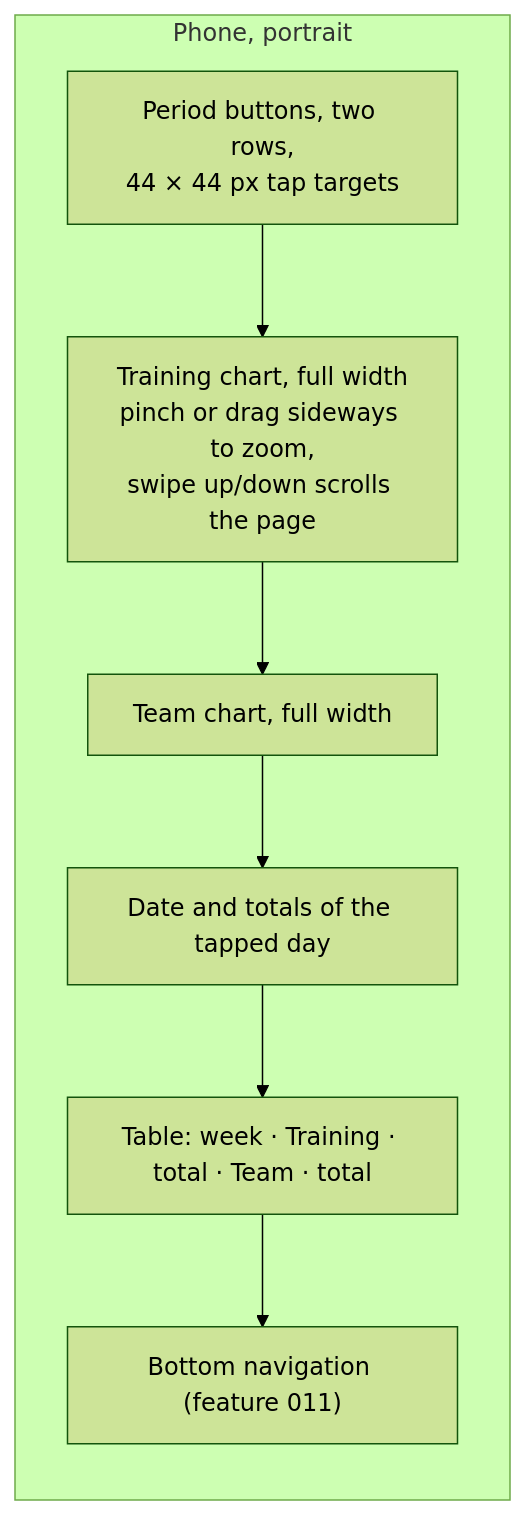
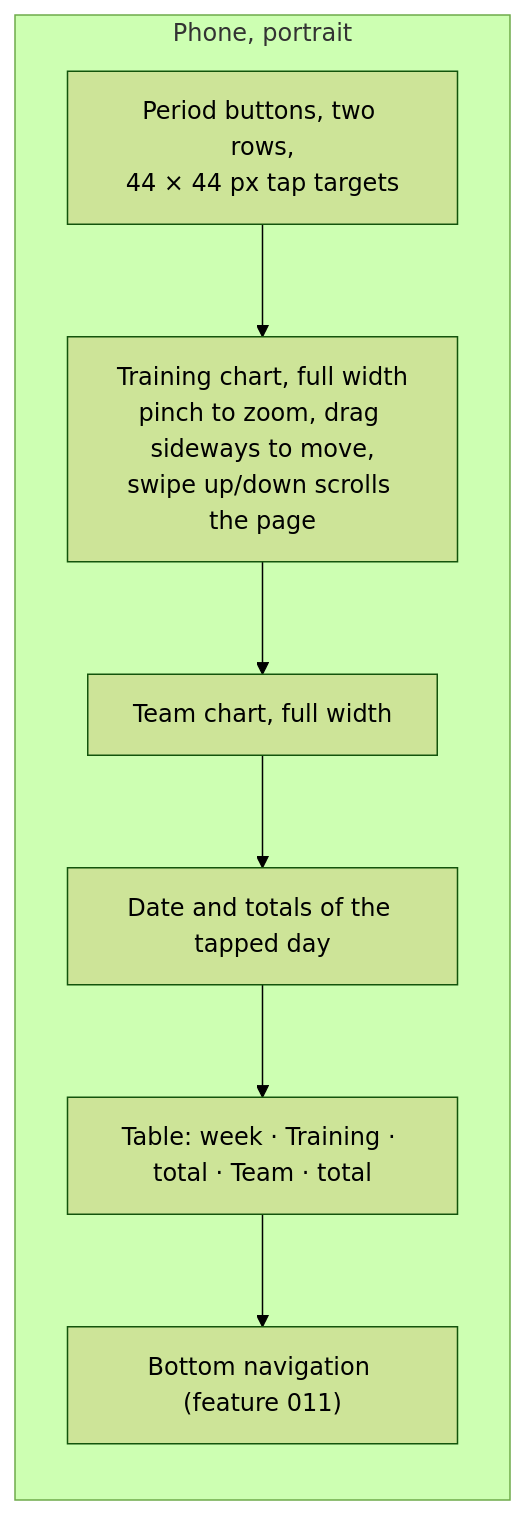
One commit to SaSteffen/RynkePoints changed the fifth of 9 diagrams in specs/009-rider-progress-charts/spec.md. Above: the diagram before and after it, drawn with Mermaid (forest theme). The commit also changed other lines of this file and 9 other files, not shown here.

First line of the commit message:
docs(009): re-plan the progress charts on Chart.js

````diff
--- a/specs/009-rider-progress-charts/spec.md
+++ b/specs/009-rider-progress-charts/spec.md
@@ -738,13 +742,13 @@
 ```mermaid
 flowchart TB
     subgraph phone["Phone, portrait"]
         direction TB
         p1["Period buttons, two rows,<br/>44 × 44 px tap targets"]
-        p2["Training chart, full width<br/>pinch or drag sideways to zoom,<br/>swipe up/down scrolls the page"]
+        p2["Training chart, full width<br/>pinch to zoom, drag sideways to move,<br/>swipe up/down scrolls the page"]
         p3["Team chart, full width"]
         p4["Date and totals of the tapped day"]
         p5["Table: week · Training · total · Team · total"]
         p6["Bottom navigation (feature 011)"]
         p1 --> p2 --> p3 --> p4 --> p5 --> p6
     end
 ```
````
